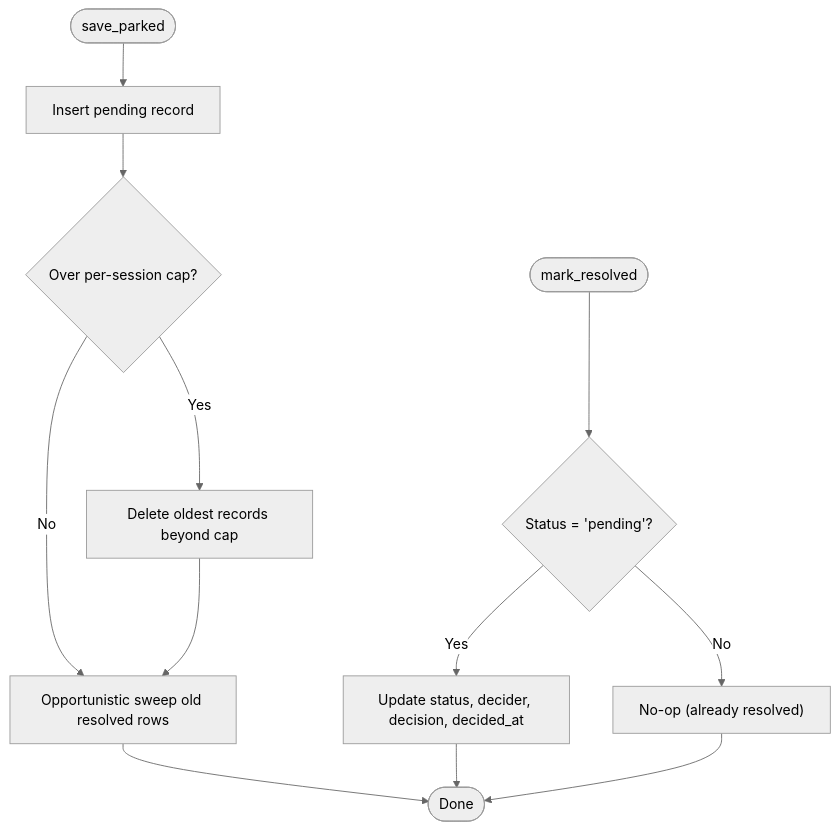
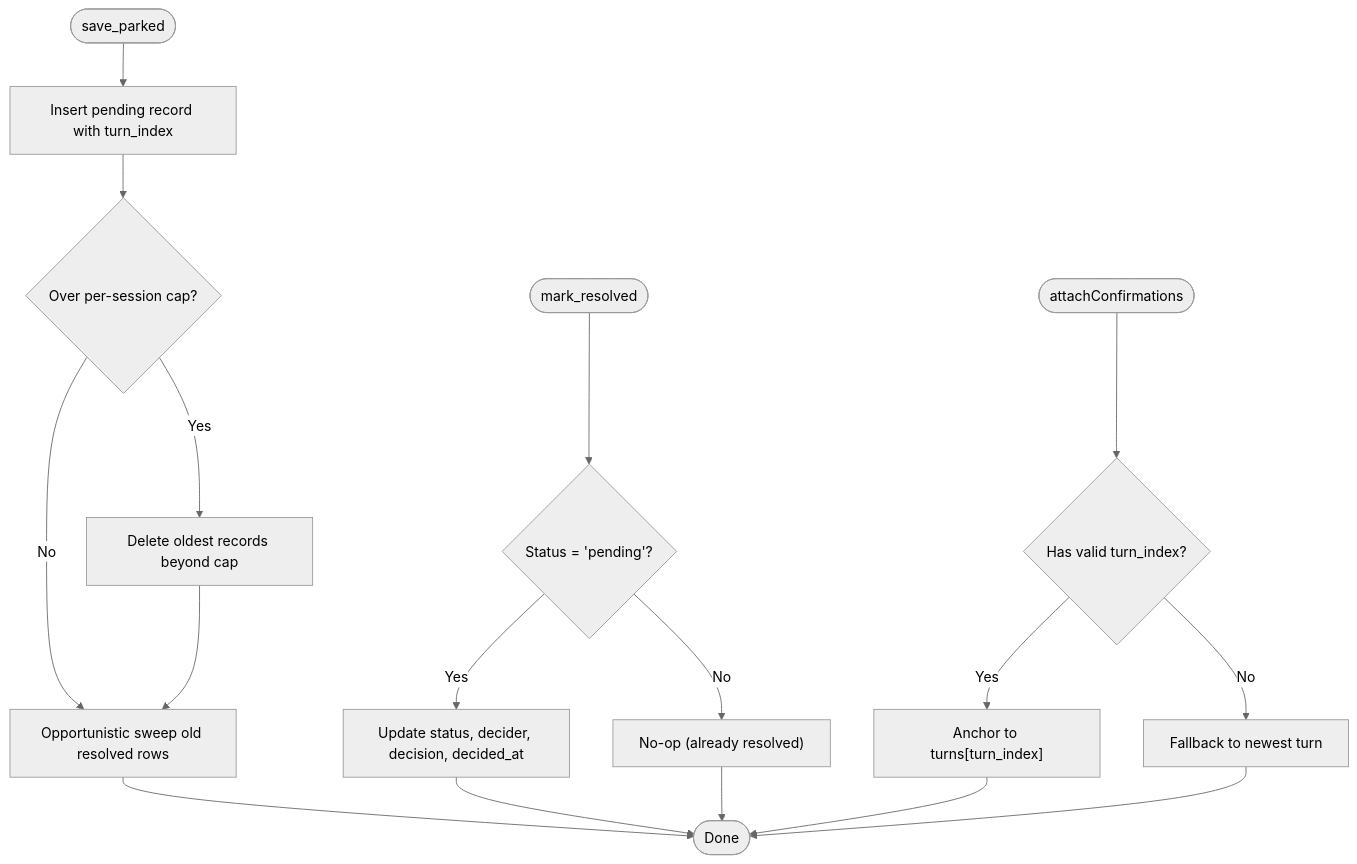
Before and after one commit to metasync/luban-aiops: the third of 9 diagrams in .qoder/repowiki/en/content/Architecture Documentation/SPEC-031_ Approval Inbox and Persistent Confirmation Cards.md, drawn with Mermaid (neutral theme). The commit also changed other lines of this file and 5 other files, not shown here.

````diff
--- a/.qoder/repowiki/en/content/Architecture Documentation/SPEC-031_ Approval Inbox and Persistent Confirmation Cards.md
+++ b/.qoder/repowiki/en/content/Architecture Documentation/SPEC-031_ Approval Inbox and Persistent Confirmation Cards.md
@@ -189,14 +206,19 @@
 ```mermaid
 flowchart TD
-Start([save_parked]) --> Insert["Insert pending record"]
+Start([save_parked]) --> Insert["Insert pending record with turn_index"]
 Insert --> Evict{"Over per-session cap?"}
 Evict --> |Yes| DeleteOldest["Delete oldest records beyond cap"]
 Evict --> |No| Sweep["Opportunistic sweep old resolved rows"]
 DeleteOldest --> Sweep
 Sweep --> End([Done])
 MarkResolved([mark_resolved]) --> CheckStatus{"Status = 'pending'?"}
 CheckStatus --> |Yes| Update["Update status, decider, decision, decided_at"]
 CheckStatus --> |No| NoOp["No-op (already resolved)"]
 Update --> End
 NoOp --> End
+AttachCards([attachConfirmations]) --> CheckTurnIndex{"Has valid turn_index?"}
+CheckTurnIndex --> |Yes| AnchorToTurn["Anchor to turns[turn_index]"]
+CheckTurnIndex --> |No| Fallback["Fallback to newest turn"]
+AnchorToTurn --> End
+Fallback --> End
 ```
````
